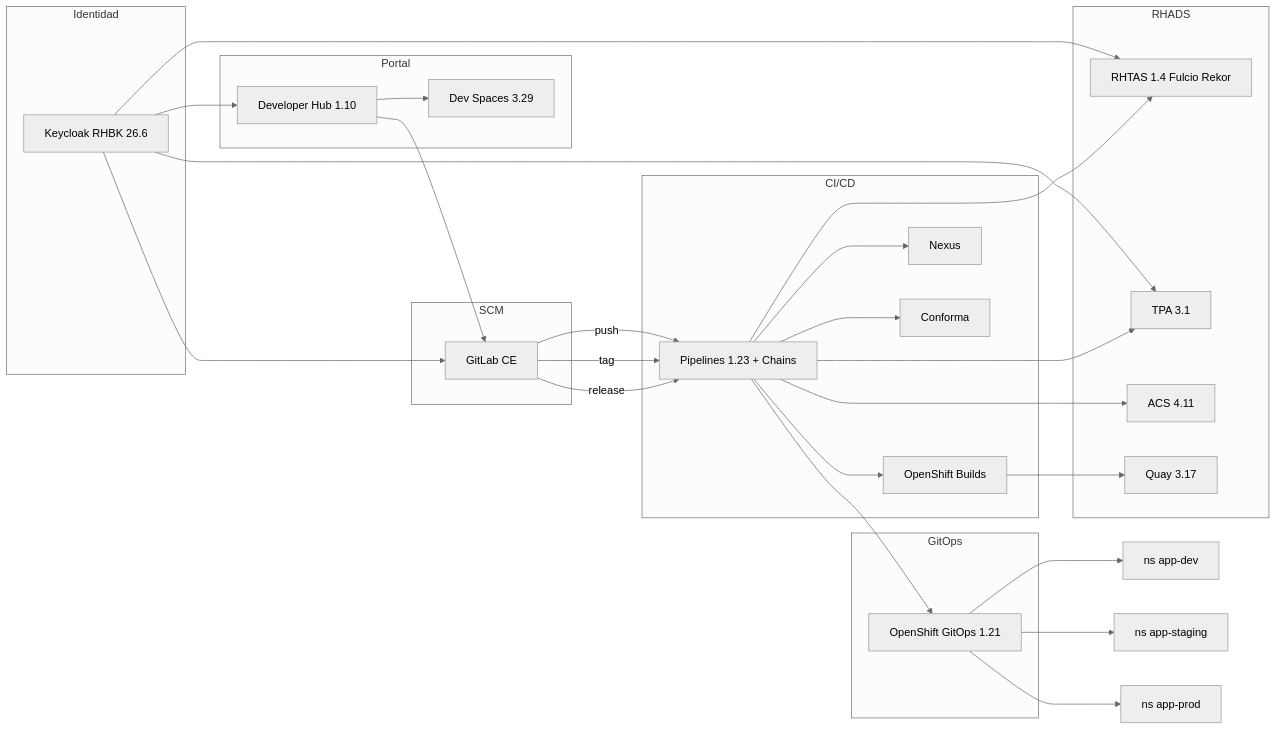
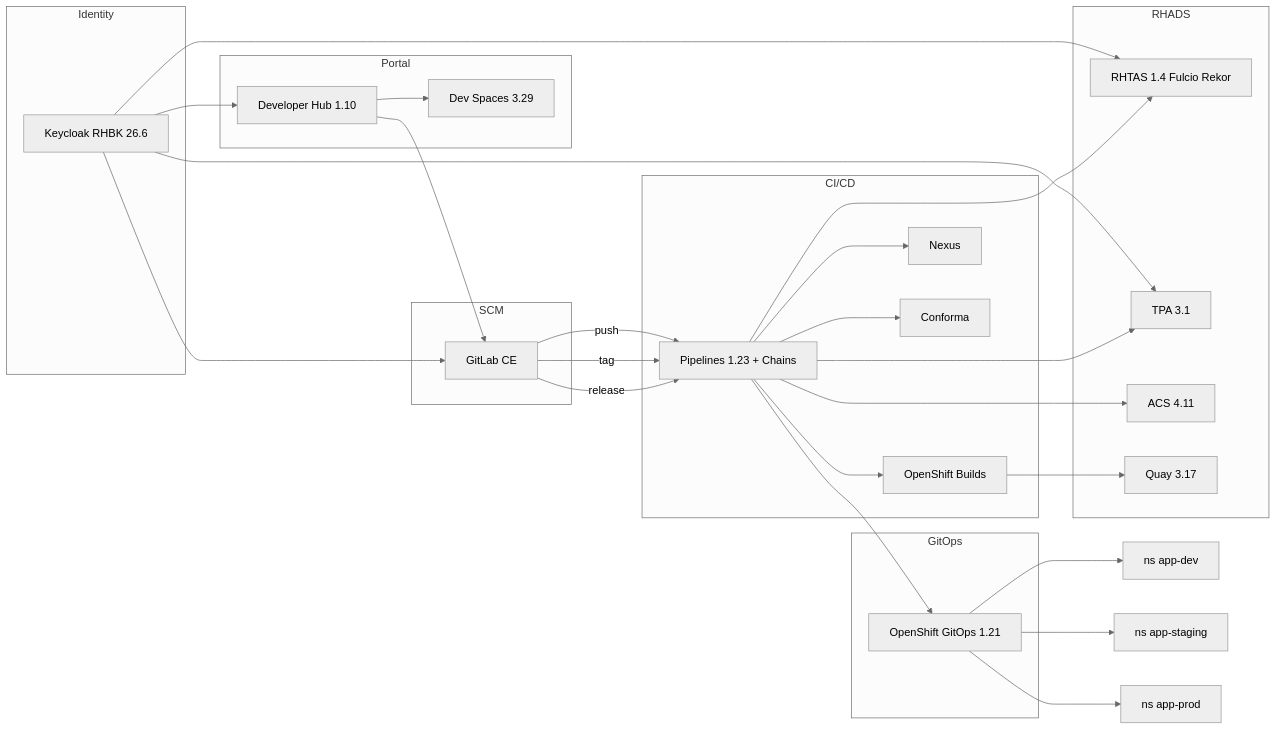
Before and after one commit to panchoraposo/demo-rhads: the diagram in docs/architecture.md, drawn with Mermaid (neutral theme). The commit also changed other lines of this file and 7 other files, not shown here.

````diff
--- a/docs/architecture.md
+++ b/docs/architecture.md
@@ -9,48 +9,48 @@
 ```mermaid
 flowchart LR
-  subgraph idp [Identidad]
+  subgraph idp [Identity]
     RHBK[Keycloak RHBK 26.6]
   end
   subgraph portal [Portal]
     RHDH[Developer Hub 1.10]
     DS[Dev Spaces 3.29]
   end
   subgraph scm [SCM]
     GL[GitLab CE]
   end
   subgraph gitops [GitOps]
     ACD[OpenShift GitOps 1.21]
   end
   subgraph cicd [CI/CD]
     PIPE[Pipelines 1.23 + Chains]
     BUILD[OpenShift Builds]
     NEXUS[Nexus]
     CONF[Conforma]
   end
   subgraph rhads [RHADS]
     TAS[RHTAS 1.4 Fulcio Rekor]
     TPA[TPA 3.1]
     ACS[ACS 4.11]
     QUAY[Quay 3.17]
   end
   RHBK --> RHDH
   RHBK --> GL
   RHBK --> TAS
   RHBK --> TPA
   RHDH --> GL
   RHDH --> DS
   GL -->|push| PIPE
   GL -->|tag| PIPE
   GL -->|release| PIPE
   PIPE --> BUILD
   BUILD --> QUAY
   PIPE --> NEXUS
   PIPE --> TAS
   PIPE --> TPA
   PIPE --> ACS
   PIPE --> CONF
   PIPE --> ACD
   ACD --> DEV[ns app-dev]
   ACD --> STG[ns app-staging]
   ACD --> PRD[ns app-prod]
 ```
````
